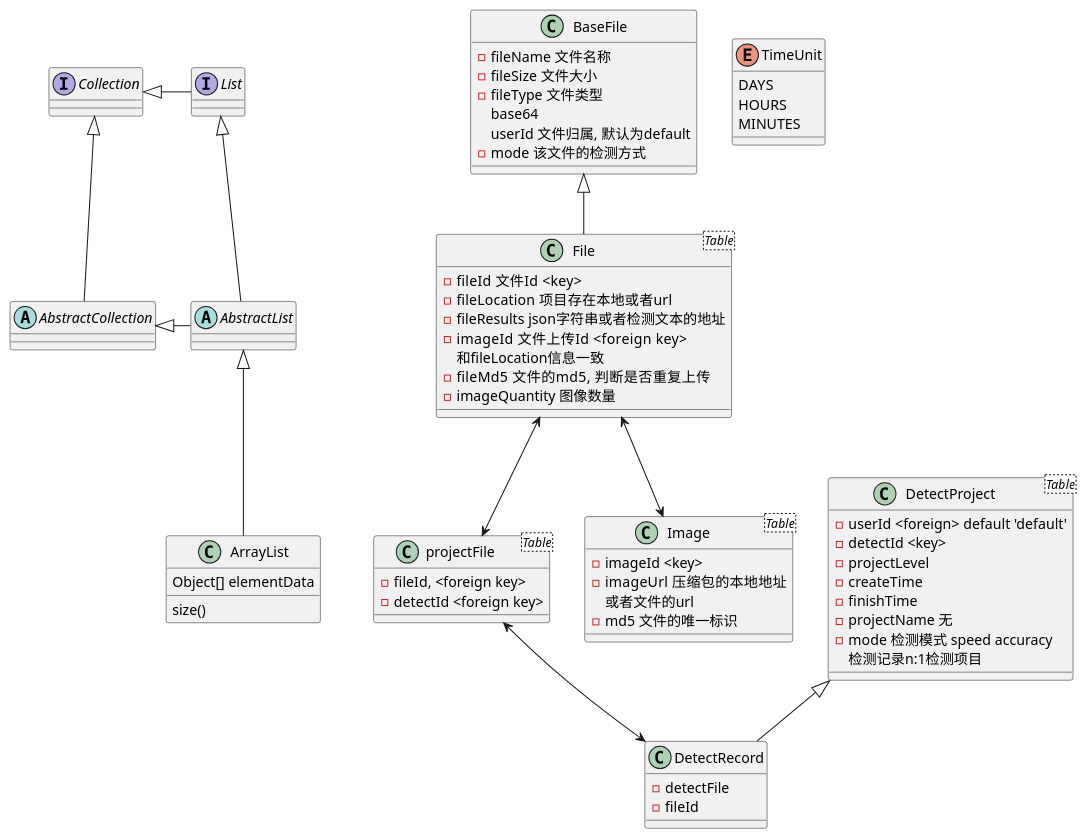
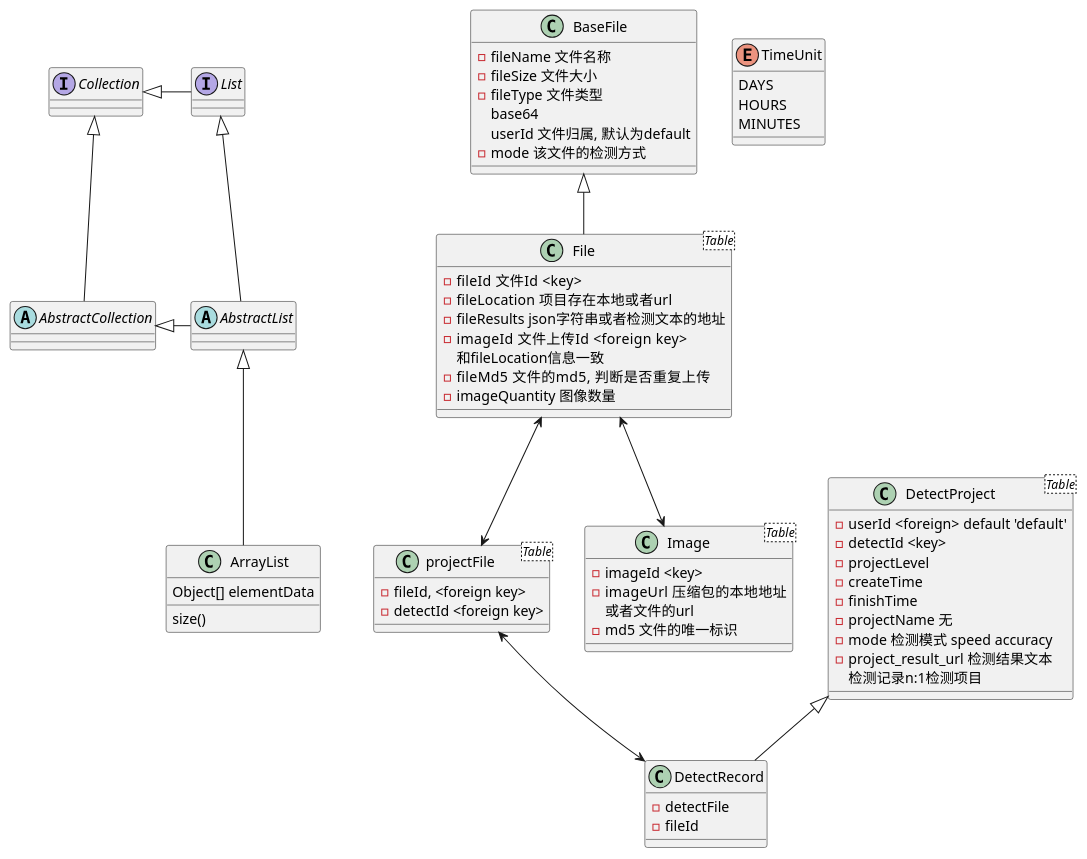
One commit to 201983290498/DeepFake changed the diagram in desgin/src/main/java/com/coder/common/uml/DetectRecord.puml. Above: the diagram before and after it, drawn with PlantUML. The commit also changed 7 other files, not shown here.

```diff
--- a/desgin/src/main/java/com/coder/common/uml/DetectRecord.puml
+++ b/desgin/src/main/java/com/coder/common/uml/DetectRecord.puml
@@ -1,72 +1,73 @@
 @startuml
 'https://plantuml.com/class-diagram
 
 abstract class AbstractList
 abstract AbstractCollection
 interface List
 interface Collection
 
 List <|-- AbstractList
 Collection <|-- AbstractCollection
 
 Collection <|- List
 AbstractCollection <|- AbstractList
 AbstractList <|-- ArrayList
 
 BaseFile <|-- File
 DetectProject <|-- DetectRecord
 projectFile <--> DetectRecord
 File <--> projectFile
 File <--> Image
 class ArrayList {
 Object[] elementData
 size()
 }
 
 enum TimeUnit {
 DAYS
 HOURS
 MINUTES
 }
 class DetectProject<Table>{
 -userId <foreign> default 'default'
 -detectId <key>
 -projectLevel
 -createTime
 -finishTime
 -projectName 无
 -mode 检测模式 speed accuracy
+-project_result_url 检测结果文本
 检测记录n:1检测项目
 }
 class DetectRecord{
 -detectFile
 -fileId
 }
 class BaseFile{
 -fileName 文件名称
 -fileSize 文件大小
 -fileType 文件类型
 base64
 userId 文件归属, 默认为default
 -mode 该文件的检测方式
 }
 class File<Table>{
 -fileId  文件Id <key>
 -fileLocation  项目存在本地或者url
 -fileResults json字符串或者检测文本的地址
 -imageId   文件上传Id <foreign key>
  和fileLocation信息一致
 -fileMd5   文件的md5, 判断是否重复上传
 -imageQuantity 图像数量
 }
 class projectFile<Table>{
 -fileId, <foreign key>
 -detectId <foreign key>
 }
 class Image<Table> {
 -imageId <key>
 -imageUrl  压缩包的本地地址
 或者文件的url
 -md5 文件的唯一标识
 }
 @enduml
```
